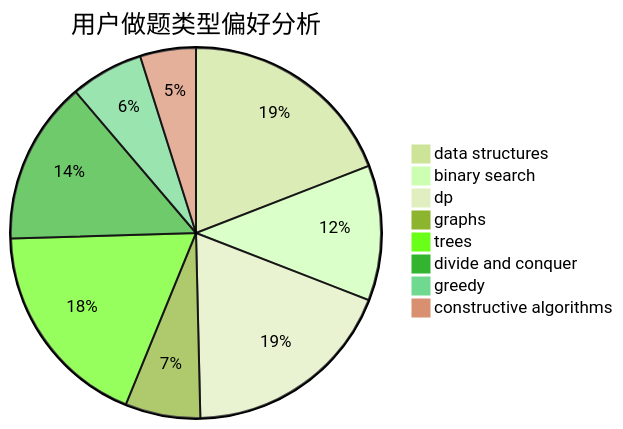
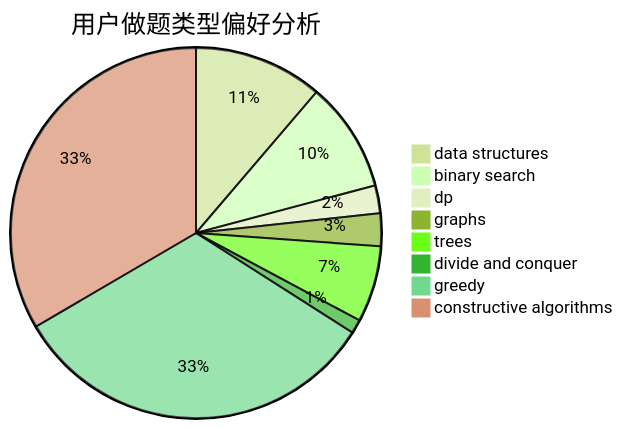
One commit to sherpahu/cfrs.github.io changed the second of 3 diagrams in docs/user/u1449.md. Above: the diagram before and after it, drawn with Mermaid (forest theme). The commit also changed other lines of this file and 2770 other files, not shown here.

````diff
--- a/docs/user/u1449.md
+++ b/docs/user/u1449.md
@@ -23,11 +23,11 @@
 ```mermaid
 pie title 用户做题类型偏好分析
-    "data structures" :  102
-    "binary search" :  63
-    "dp" :  100
-    "graphs" :  35
-    "trees" :  98
-    "divide and conquer" :  76
-    "greedy" :  34
-    "constructive algorithms" :  26
+    "data structures" :  130
+    "binary search" :  111
+    "dp" :  28
+    "graphs" :  33
+    "trees" :  77
+    "divide and conquer" :  14
+    "greedy" :  376
+    "constructive algorithms" :  386
 ```
````
